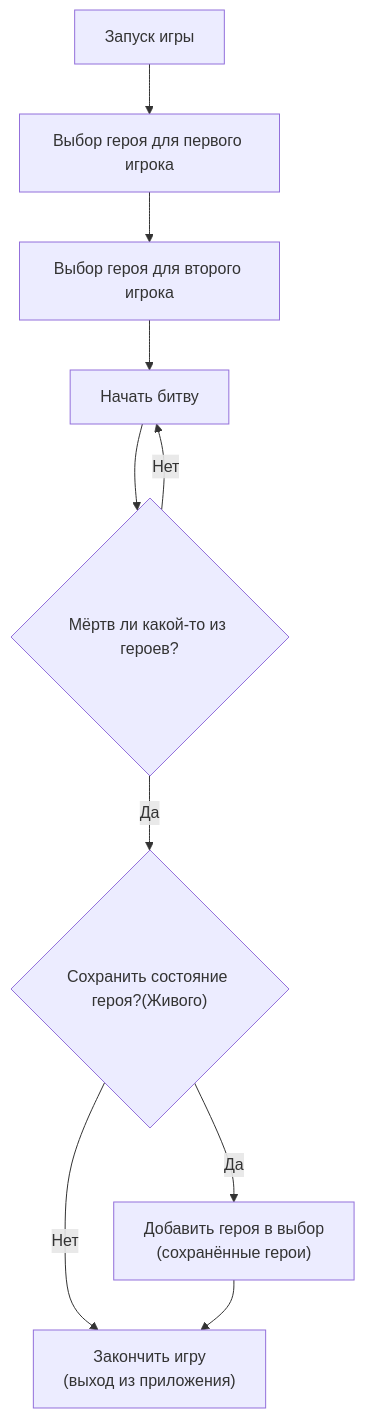
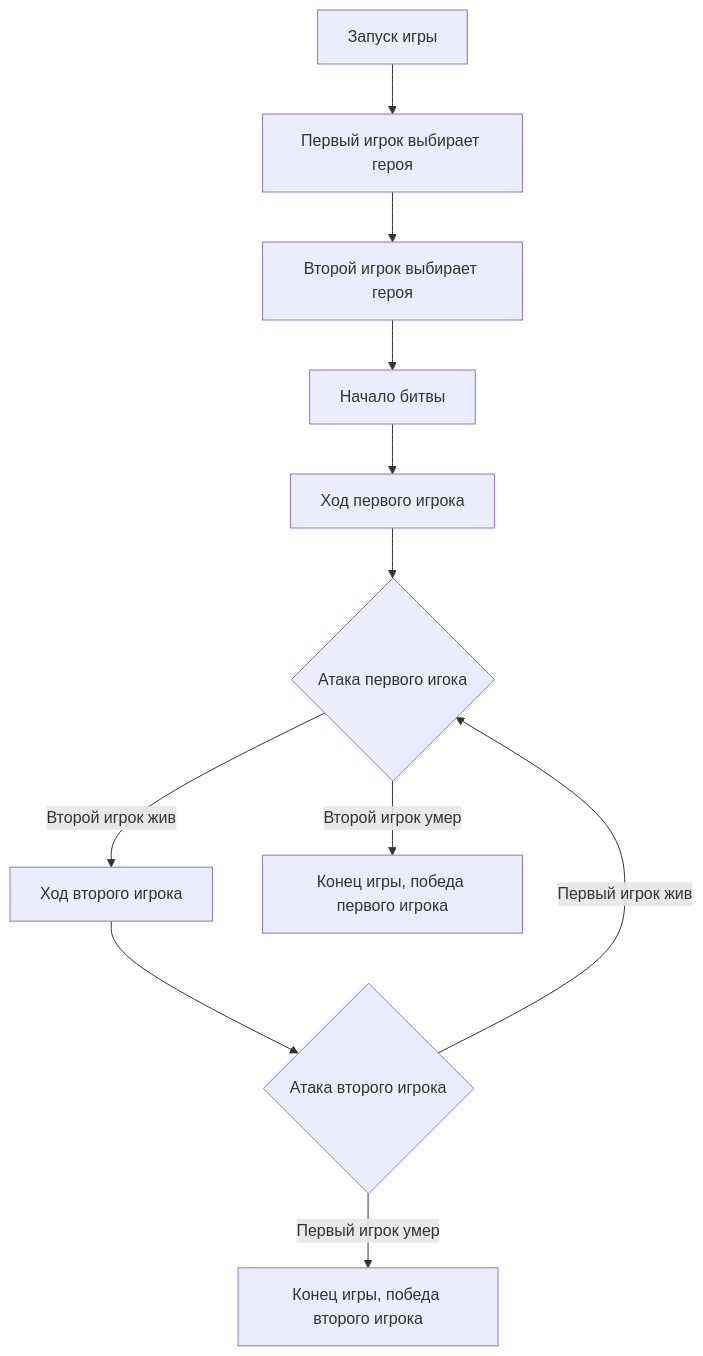
Before and after one commit to Demon6590/TheWarForTheHolyGrail: the first of 3 diagrams in README.md, drawn with Mermaid.

````diff
--- a/README.md
+++ b/README.md
@@ -14,23 +14,26 @@
 ```mermaid
 flowchart TD
     A["Запуск игры"]
-    B["Выбор героя для первого игрока"]
-    C["Выбор героя для второго игрока"]
-    D["Начать битву"]
-    E{"Мёртв ли какой-то из героев?"}
-    F{"Сохранить состояние героя?(Живого)"}
-    G["Добавить героя в выбор
-(сохранённые герои)"]
-    H["Закончить игру
-(выход из приложения)"]
+    B["Первый игрок выбирает героя"]
+    C["Второй игрок выбирает героя"]
+    D["Начало битвы"]
+    E["Ход первого игрока"]
+    F{"Атака первого игока"}
+    G["Ход второго игрока"]
+    H{"Атака второго игрока"}
+    I[Конец игры, победа первого игрока]
+    J["Конец игры, победа второго игрока"]
+   
 
     A --> B
     B --> C
     C --> D
     D --> E
-    E -->|Да| F
-    E -->|Нет| D
-    F -->|Да| G
-    F -->|Нет| H
+    E --> F
+    F -->|Второй игрок жив| G
     G --> H
+    F -->|Второй игрок умер| I
+    H -->|Первый игрок умер| J
+    H -->|Первый игрок жив| F
+
 ```
````
